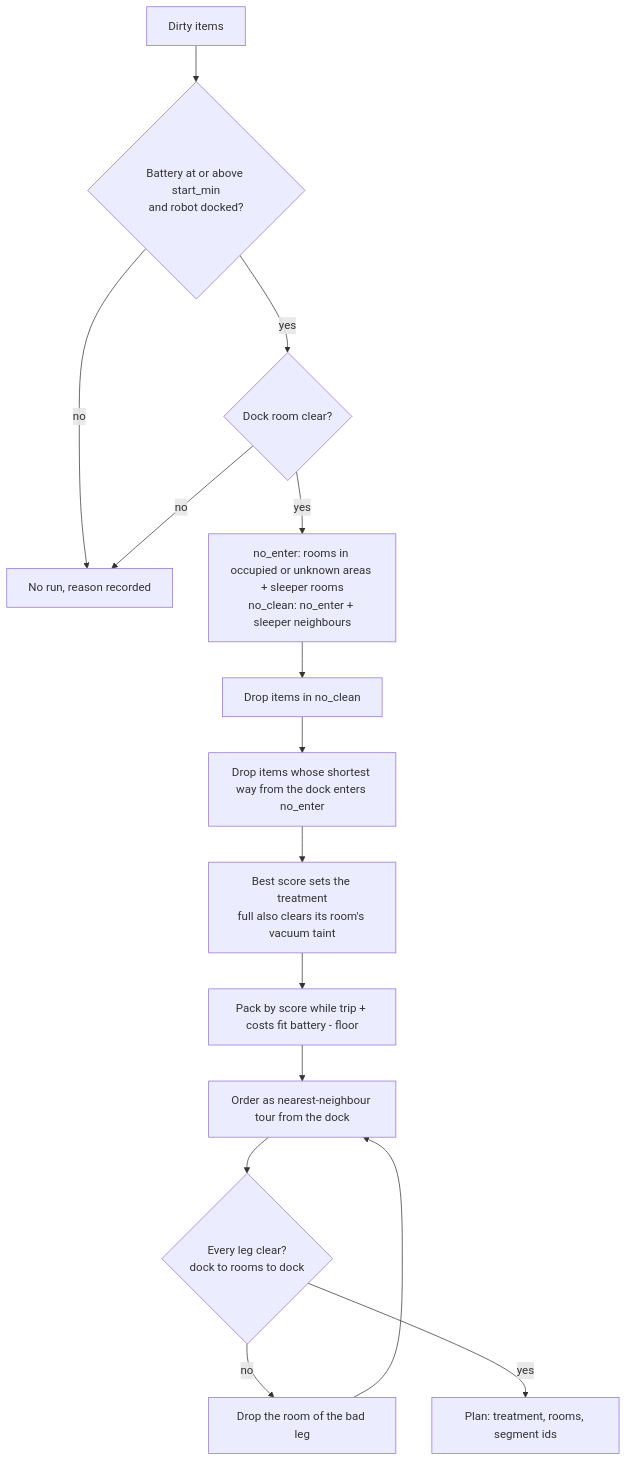
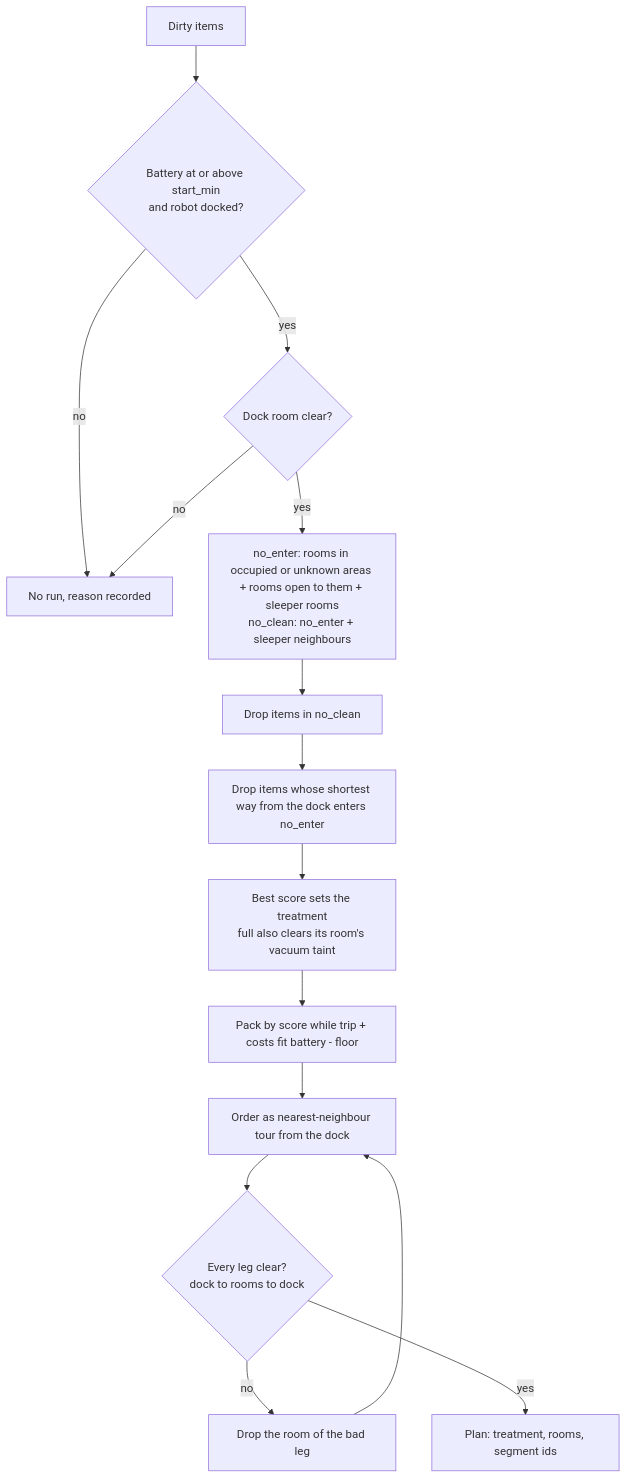
The second of 4 diagrams in docs/flows/VACUUM.md (NickBorgers/home-automation), drawn with Mermaid before and after one commit. The commit also changed other lines of this file and 9 other files, not shown here.

First line of the commit message:
Treat open-plan rooms as one room for the vacuum

````diff
--- a/docs/flows/VACUUM.md
+++ b/docs/flows/VACUUM.md
@@ -76,17 +79,17 @@
 ```mermaid
 flowchart TD
     A[Dirty items] --> B{Battery at or above start_min<br/>and robot docked?}
     B -- no --> X[No run, reason recorded]
     B -- yes --> C{Dock room clear?}
     C -- no --> X
-    C -- yes --> D[no_enter: rooms in occupied or unknown areas + sleeper rooms<br/>no_clean: no_enter + sleeper neighbours]
+    C -- yes --> D[no_enter: rooms in occupied or unknown areas + rooms open to them + sleeper rooms<br/>no_clean: no_enter + sleeper neighbours]
     D --> E[Drop items in no_clean]
     E --> F[Drop items whose shortest way from the dock enters no_enter]
     F --> G[Best score sets the treatment<br/>full also clears its room's vacuum taint]
     G --> H[Pack by score while trip + costs fit battery - floor]
     H --> I[Order as nearest-neighbour tour from the dock]
     I --> J{Every leg clear?<br/>dock to rooms to dock}
     J -- no --> K[Drop the room of the bad leg]
     K --> I
     J -- yes --> L[Plan: treatment, rooms, segment ids]
 ```
````
